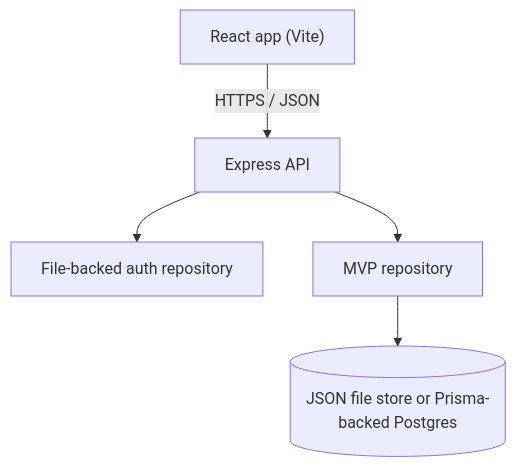
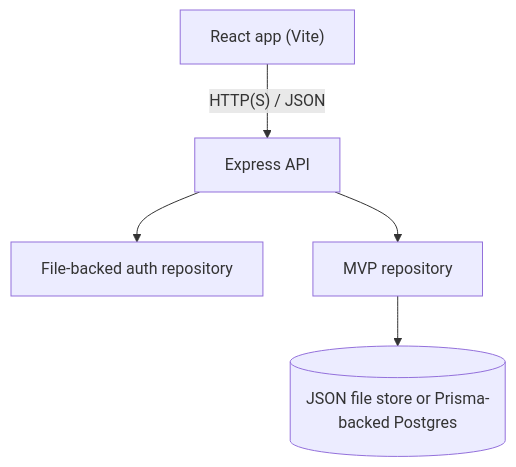
The diagram in docs/architecture-overview.md (RenyEnnos/life-os), drawn with Mermaid before and after one commit. The commit also changed other lines of this file and 11 other files, not shown here.

````diff
--- a/docs/architecture-overview.md
+++ b/docs/architecture-overview.md
@@ -13,13 +24,13 @@
 ```mermaid
 graph TD
     Client["React app (Vite)"]
     API["Express API"]
     Auth["File-backed auth repository"]
     MVP["MVP repository"]
     Store[("JSON file store or Prisma-backed Postgres")]
 
-    Client -- "HTTPS / JSON" --> API
+    Client -- "HTTP(S) / JSON" --> API
     API --> Auth
     API --> MVP
     MVP --> Store
 ```
````
